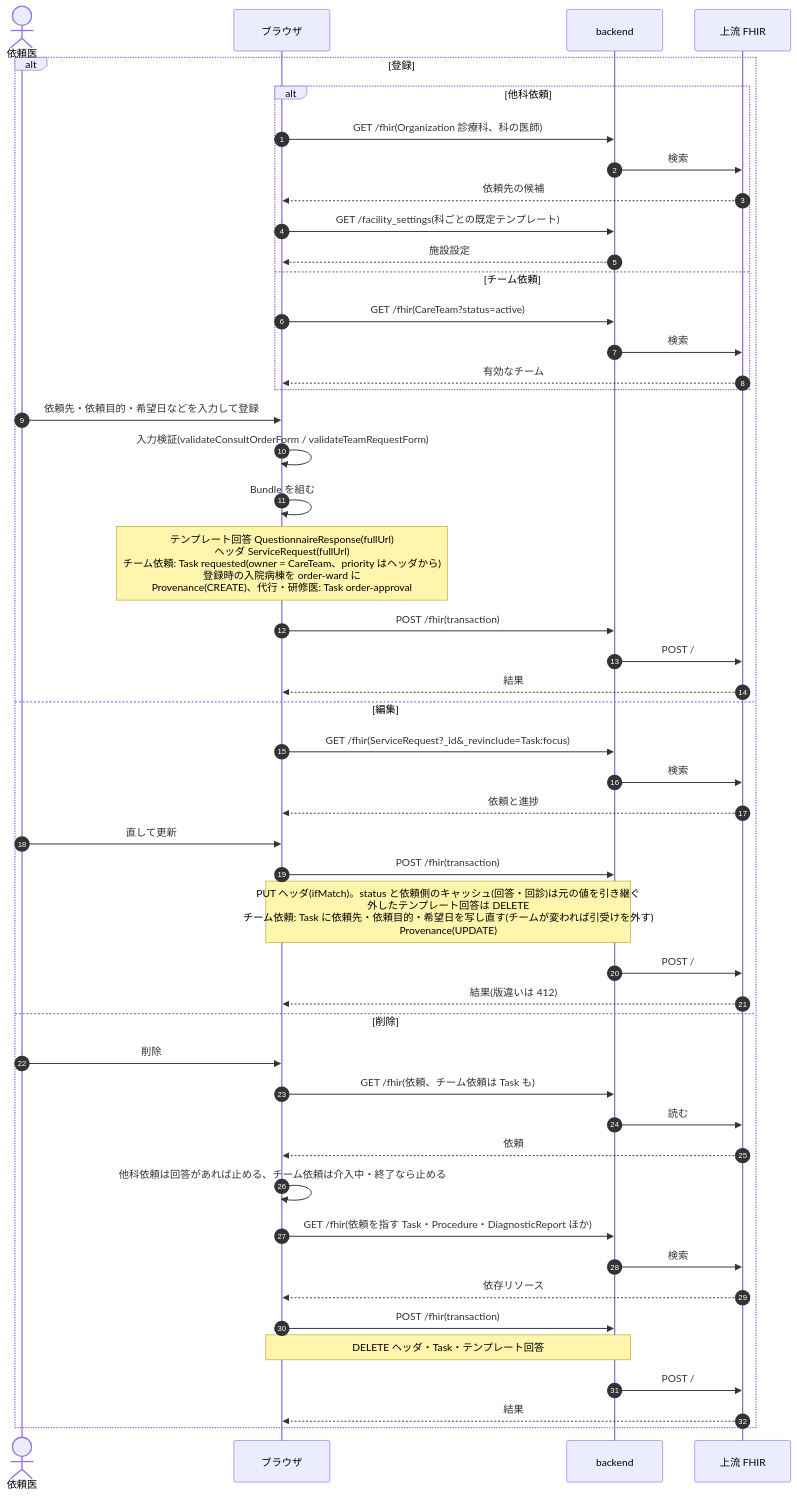
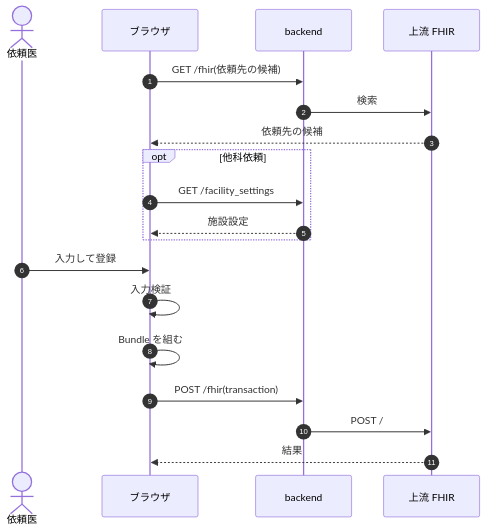
One commit to ysnr-dev/fhir-client-docs changed the first of 11 diagrams in docs/dev/consult-team.md. Above: the diagram before and after it, drawn with Mermaid. The commit also changed other lines of this file and 43 other files, not shown here.

Commit message:
docs: 業務フローとシーケンス図を写し直し

````diff
--- a/docs/dev/consult-team.md
+++ b/docs/dev/consult-team.md
@@ -61,51 +96,22 @@
 ```mermaid
 sequenceDiagram
   autonumber
   actor Dr as 依頼医
   participant UI as ブラウザ
   participant BE as backend
   participant FHIR as 上流 FHIR
 
-  alt 登録
-    alt 他科依頼
-      UI->>BE: GET /fhir(Organization 診療科、科の医師)
-      BE->>FHIR: 検索
-      FHIR-->>UI: 依頼先の候補
-      UI->>BE: GET /facility_settings(科ごとの既定テンプレート)
-      BE-->>UI: 施設設定
-    else チーム依頼
-      UI->>BE: GET /fhir(CareTeam?status=active)
-      BE->>FHIR: 検索
-      FHIR-->>UI: 有効なチーム
-    end
-    Dr->>UI: 依頼先・依頼目的・希望日などを入力して登録
-    UI->>UI: 入力検証(validateConsultOrderForm / validateTeamRequestForm)
-    UI->>UI: Bundle を組む
-    Note over UI: テンプレート回答 QuestionnaireResponse(fullUrl)<br/>ヘッダ ServiceRequest(fullUrl)<br/>チーム依頼: Task requested(owner = CareTeam、priority はヘッダから)<br/>登録時の入院病棟を order-ward に<br/>Provenance(CREATE)、代行・研修医: Task order-approval
-    UI->>BE: POST /fhir(transaction)
-    BE->>FHIR: POST /
-    FHIR-->>UI: 結果
-  else 編集
-    UI->>BE: GET /fhir(ServiceRequest?_id&_revinclude=Task:focus)
-    BE->>FHIR: 検索
-    FHIR-->>UI: 依頼と進捗
-    Dr->>UI: 直して更新
-    UI->>BE: POST /fhir(transaction)
-    Note over UI,BE: PUT ヘッダ(ifMatch)。status と依頼側のキャッシュ(回答・回診)は元の値を引き継ぐ<br/>外したテンプレート回答は DELETE<br/>チーム依頼: Task に依頼先・依頼目的・希望日を写し直す(チームが変われば引受けを外す)<br/>Provenance(UPDATE)
-    BE->>FHIR: POST /
-    FHIR-->>UI: 結果(版違いは 412)
-  else 削除
-    Dr->>UI: 削除
-    UI->>BE: GET /fhir(依頼、チーム依頼は Task も)
-    BE->>FHIR: 読む
-    FHIR-->>UI: 依頼
-    UI->>UI: 他科依頼は回答があれば止める、チーム依頼は介入中・終了なら止める
-    UI->>BE: GET /fhir(依頼を指す Task・Procedure・DiagnosticReport ほか)
-    BE->>FHIR: 検索
-    FHIR-->>UI: 依存リソース
-    UI->>BE: POST /fhir(transaction)
-    Note over UI,BE: DELETE ヘッダ・Task・テンプレート回答
-    BE->>FHIR: POST /
-    FHIR-->>UI: 結果
+  UI->>BE: GET /fhir(依頼先の候補)
+  BE->>FHIR: 検索
+  FHIR-->>UI: 依頼先の候補
+  opt 他科依頼
+    UI->>BE: GET /facility_settings
+    BE-->>UI: 施設設定
   end
+  Dr->>UI: 入力して登録
+  UI->>UI: 入力検証
+  UI->>UI: Bundle を組む
+  UI->>BE: POST /fhir(transaction)
+  BE->>FHIR: POST /
+  FHIR-->>UI: 結果
 ```
````
